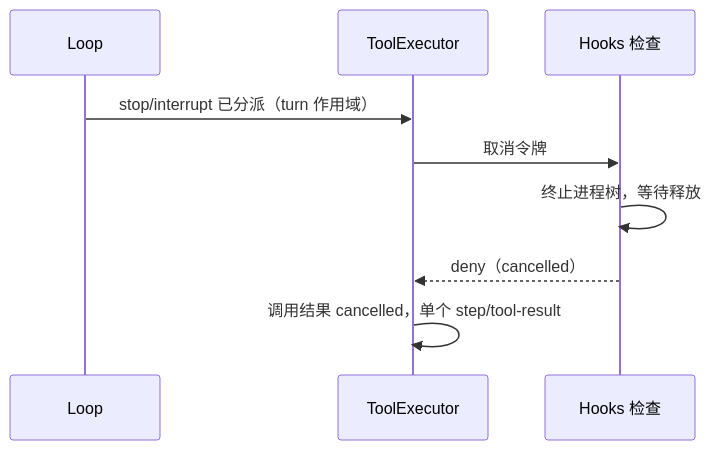
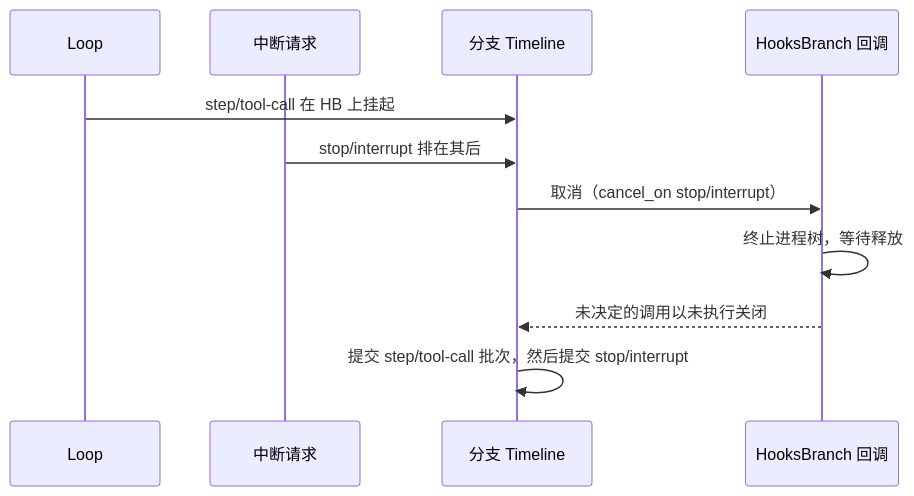
Before and after one commit to CoutinhoTTS/dim-agent: the seventh of 7 diagrams in docs/zh/design/plugins/Hooks.md, drawn with Mermaid. The commit also changed other lines of this file and 18 other files, not shown here.

````diff
--- a/docs/zh/design/plugins/Hooks.md
+++ b/docs/zh/design/plugins/Hooks.md
@@ -162,11 +168,13 @@
 ```mermaid
 sequenceDiagram
-  participant L as Loop
-  participant TE as ToolExecutor
-  participant HB as Hooks 检查
-  L->>TE: stop/interrupt 已分派（turn 作用域）
-  TE->>HB: 取消令牌
+  participant LP as Loop
+  participant U as 中断请求
+  participant TL as 分支 Timeline
+  participant HB as HooksBranch 回调
+  LP->>TL: step/tool-call 在 HB 上挂起
+  U->>TL: stop/interrupt 排在其后
+  TL->>HB: 取消（cancel_on stop/interrupt）
   HB->>HB: 终止进程树，等待释放
-  HB-->>TE: deny（cancelled）
-  TE->>TE: 调用结果 cancelled，单个 step/tool-result
+  HB-->>TL: 未决定的调用以未执行关闭
+  TL->>TL: 提交 step/tool-call 批次，然后提交 stop/interrupt
 ```
````
